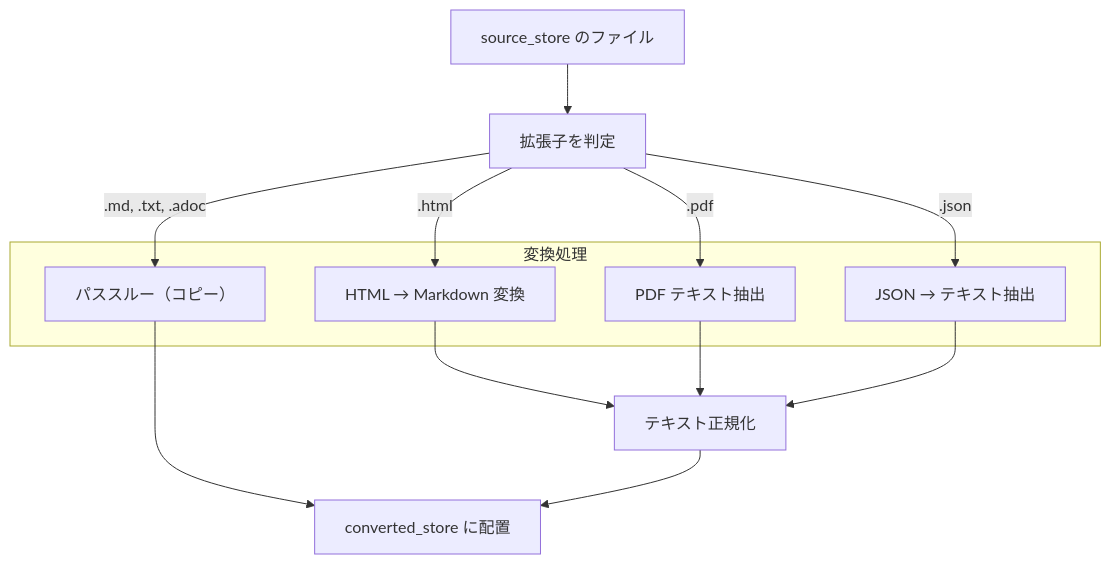
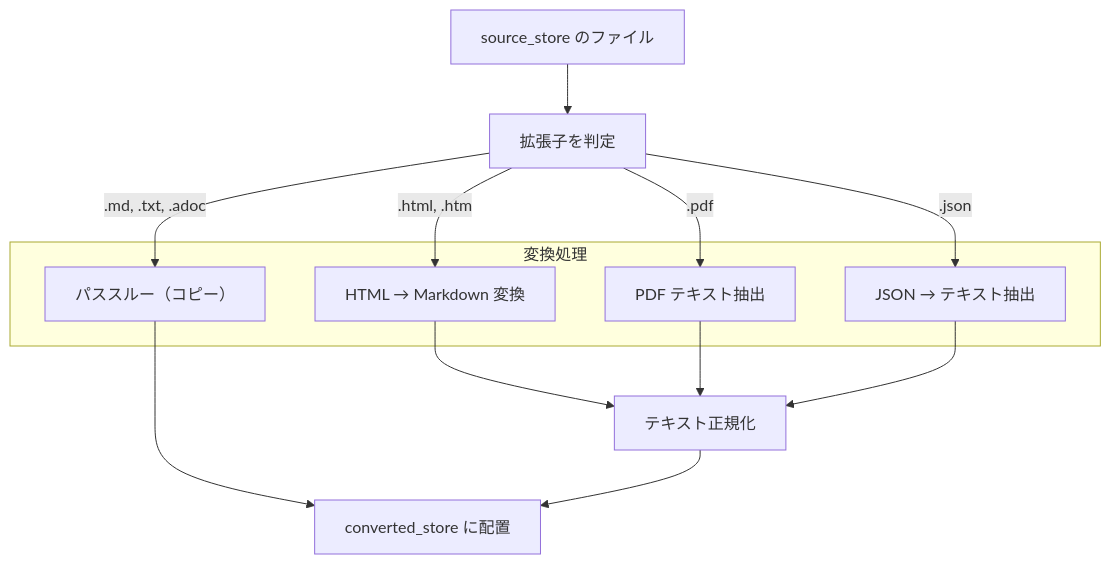
One commit to becky3/rag-knowledge changed the diagram in docs/specs/converter.md. Above: the diagram before and after it, drawn with Mermaid. The commit also changed other lines of this file and 3 other files, not shown here.

````diff
--- a/docs/specs/converter.md
+++ b/docs/specs/converter.md
@@ -81,26 +82,26 @@
 ```mermaid
 flowchart TD
     INPUT["source_store のファイル"]
     EXT["拡張子を判定"]
 
     subgraph CONVERT["変換処理"]
         HTML["HTML → Markdown 変換"]
         PDF["PDF テキスト抽出"]
         JSON["JSON → テキスト抽出"]
         PASS["パススルー（コピー）"]
     end
 
     NORM["テキスト正規化"]
     OUTPUT["converted_store に配置"]
 
     INPUT --> EXT
-    EXT -->|.html| HTML
+    EXT -->|.html, .htm| HTML
     EXT -->|.pdf| PDF
     EXT -->|.json| JSON
     EXT -->|.md, .txt, .adoc| PASS
     HTML --> NORM
     PDF --> NORM
     JSON --> NORM
     PASS --> OUTPUT
     NORM --> OUTPUT
 ```
````
